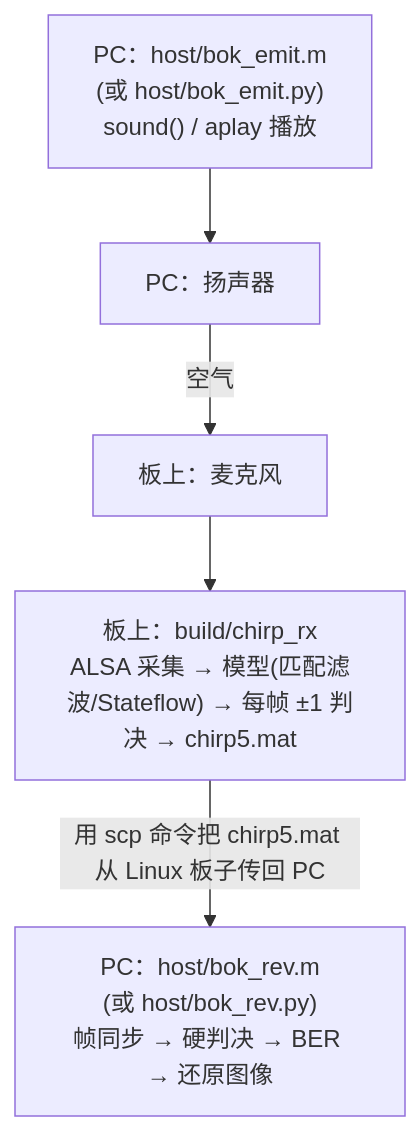
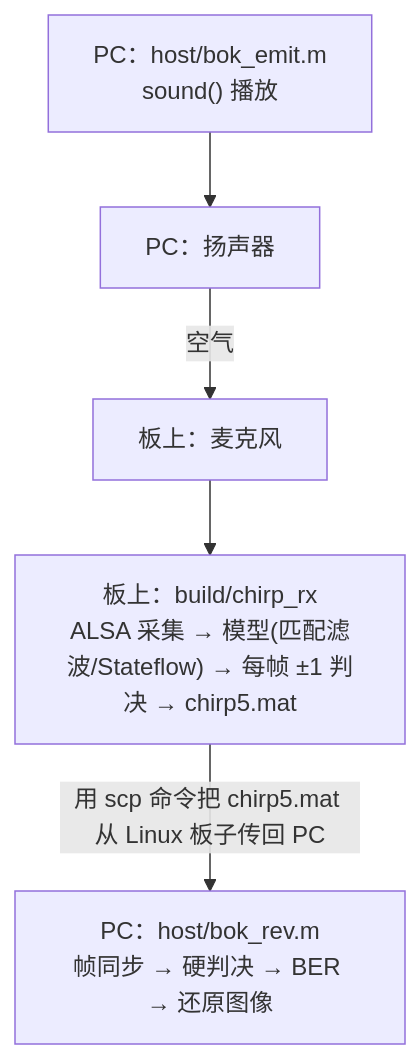
One commit to padhialuo0426/portable-acoustic-sdr changed the second of 2 diagrams in documents/实验三_chirp扩频.md. Above: the diagram before and after it, drawn with Mermaid. The commit also changed other lines of this file and 10 other files, not shown here.

````diff
--- a/documents/实验三_chirp扩频.md
+++ b/documents/实验三_chirp扩频.md
@@ -32,11 +32,11 @@
 ```mermaid
 flowchart TD
-    emit["PC：host/bok_emit.m<br/>(或 host/bok_emit.py)<br/>sound() / aplay 播放"]
+    emit["PC：host/bok_emit.m<br/>sound() 播放"]
     spk["PC：扬声器"]
     mic["板上：麦克风"]
     rx["板上：build/chirp_rx<br/>ALSA 采集 → 模型(匹配滤波/Stateflow) → 每帧 ±1 判决 → chirp5.mat"]
-    dec["PC：host/bok_rev.m<br/>(或 host/bok_rev.py)<br/>帧同步 → 硬判决 → BER → 还原图像"]
+    dec["PC：host/bok_rev.m<br/>帧同步 → 硬判决 → BER → 还原图像"]
 
     emit --> spk -->|"空气"| mic --> rx
     rx -->|"用 scp 命令把 chirp5.mat 从 Linux 板子传回 PC"| dec
 ```
````
